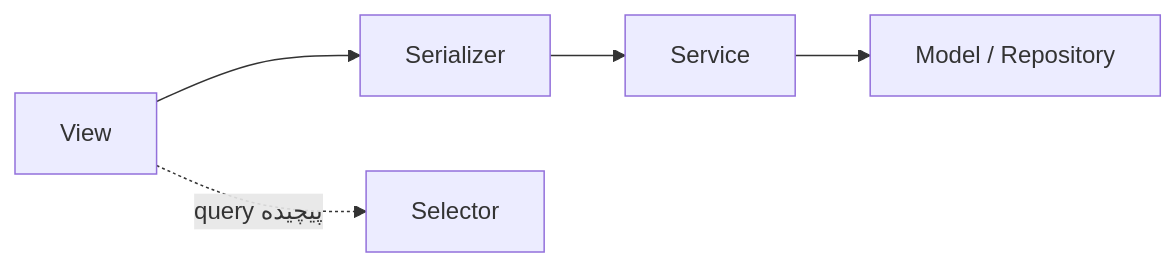
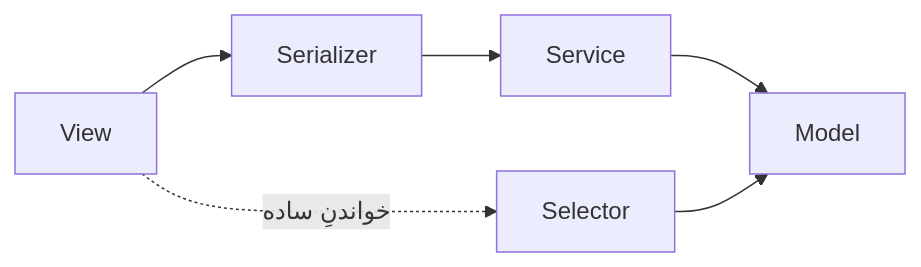
One commit to elmkhah/rorschach changed the first of 3 diagrams in documentation/06-development-guide.md. Above: the diagram before and after it, drawn with Mermaid. The commit also changed other lines of this file and 23 other files, not shown here.

````diff
--- a/documentation/06-development-guide.md
+++ b/documentation/06-development-guide.md
@@ -64,5 +103,5 @@
 ```mermaid
 flowchart LR
-    V[View] --> S[Serializer] --> SV[Service] --> M["Model / Repository"]
-    V -.->|"query پیچیده"| SE[Selector]
+    V["View"] --> S["Serializer"] --> SV["Service"] --> M["Model"]
+    V -.->|"خواندنِ ساده"| SE["Selector"] --> M
 ```
````
